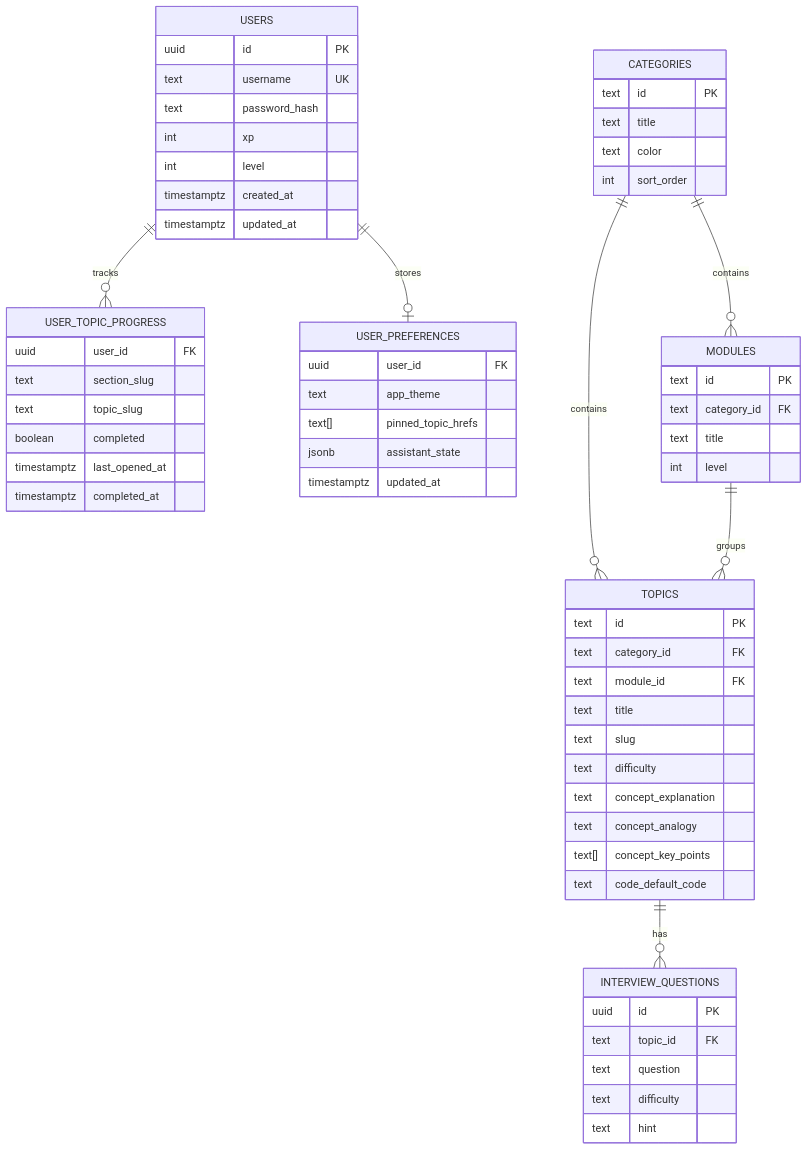
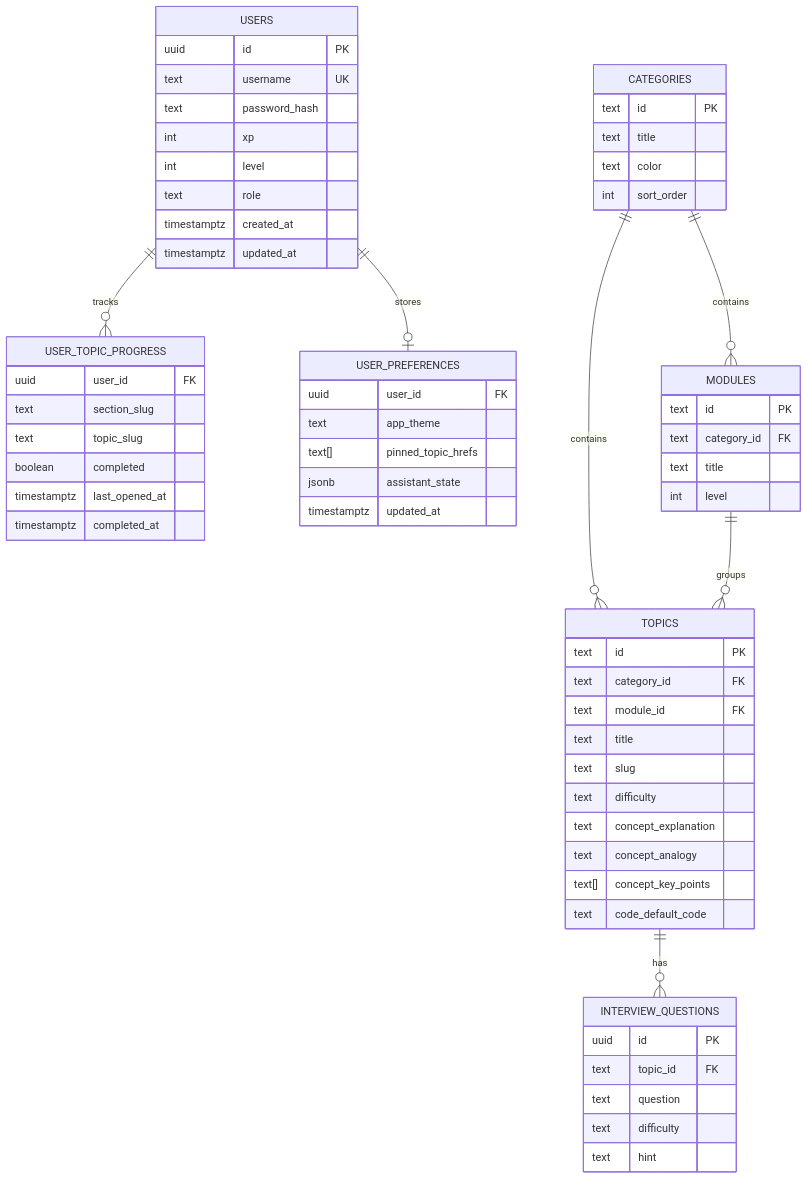
The fourth of 4 diagrams in README.md (sangisapusaiteja/InterviewHandbook), drawn with Mermaid before and after one commit. The commit also changed other lines of this file and 1 other file, not shown here.

Commit message:
Add role column to users schema and update README

````diff
--- a/README.md
+++ b/README.md
@@ -163,71 +163,72 @@
 ```mermaid
 erDiagram
     USERS {
         uuid id PK
         text username UK
         text password_hash
         int xp
         int level
+        text role
         timestamptz created_at
         timestamptz updated_at
     }
 
     USER_TOPIC_PROGRESS {
         uuid user_id FK
         text section_slug
         text topic_slug
         boolean completed
         timestamptz last_opened_at
         timestamptz completed_at
     }
 
     USER_PREFERENCES {
         uuid user_id FK
         text app_theme
         text[] pinned_topic_hrefs
         jsonb assistant_state
         timestamptz updated_at
     }
 
     CATEGORIES {
         text id PK
         text title
         text color
         int sort_order
     }
 
     MODULES {
         text id PK
         text category_id FK
         text title
         int level
     }
 
     TOPICS {
         text id PK
         text category_id FK
         text module_id FK
         text title
         text slug
         text difficulty
         text concept_explanation
         text concept_analogy
         text[] concept_key_points
         text code_default_code
     }
 
     INTERVIEW_QUESTIONS {
         uuid id PK
         text topic_id FK
         text question
         text difficulty
         text hint
     }
 
     USERS ||--o{ USER_TOPIC_PROGRESS : "tracks"
     USERS ||--o| USER_PREFERENCES : "stores"
     CATEGORIES ||--o{ MODULES : "contains"
     CATEGORIES ||--o{ TOPICS : "contains"
     MODULES ||--o{ TOPICS : "groups"
     TOPICS ||--o{ INTERVIEW_QUESTIONS : "has"
 ```
````
